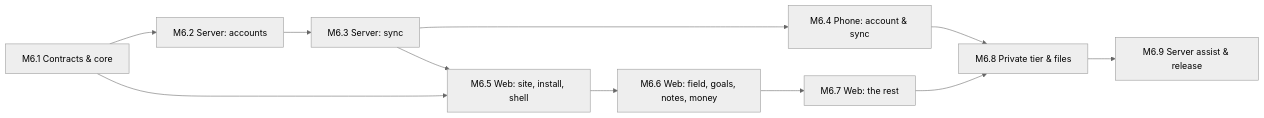
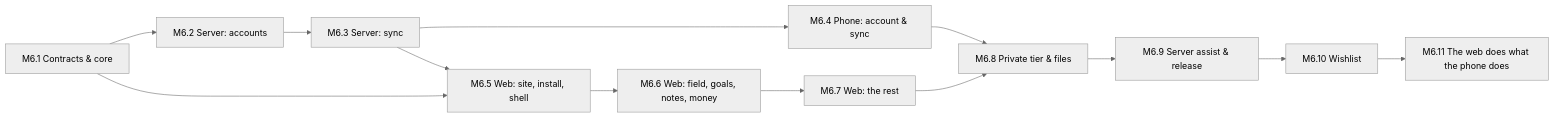
One commit to ABakdi/Harvest changed the diagram in docs/03-Planning/Phase-6-Sync-Accounts-and-Web.md. Above: the diagram before and after it, drawn with Mermaid (neutral theme). The commit also changed other lines of this file and 17 other files, not shown here.

````diff
--- a/docs/03-Planning/Phase-6-Sync-Accounts-and-Web.md
+++ b/docs/03-Planning/Phase-6-Sync-Accounts-and-Web.md
@@ -20,13 +20,15 @@
 ```mermaid
 flowchart LR
     A[M6.1 Contracts & core] --> B[M6.2 Server: accounts]
     B --> C[M6.3 Server: sync]
     C --> D[M6.4 Phone: account & sync]
     C --> E[M6.5 Web: site, install, shell]
     A --> E
     E --> F[M6.6 Web: field, goals, notes, money]
     F --> G[M6.7 Web: the rest]
     D --> H[M6.8 Private tier & files]
     G --> H
     H --> I[M6.9 Server assist & release]
+    I --> J[M6.10 Wishlist]
+    J --> K[M6.11 The web does what the phone does]
 ```
````
